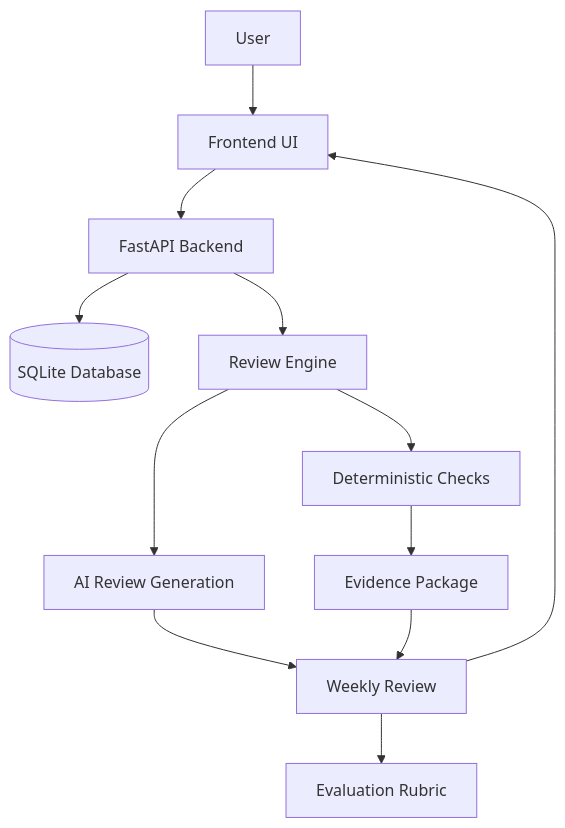
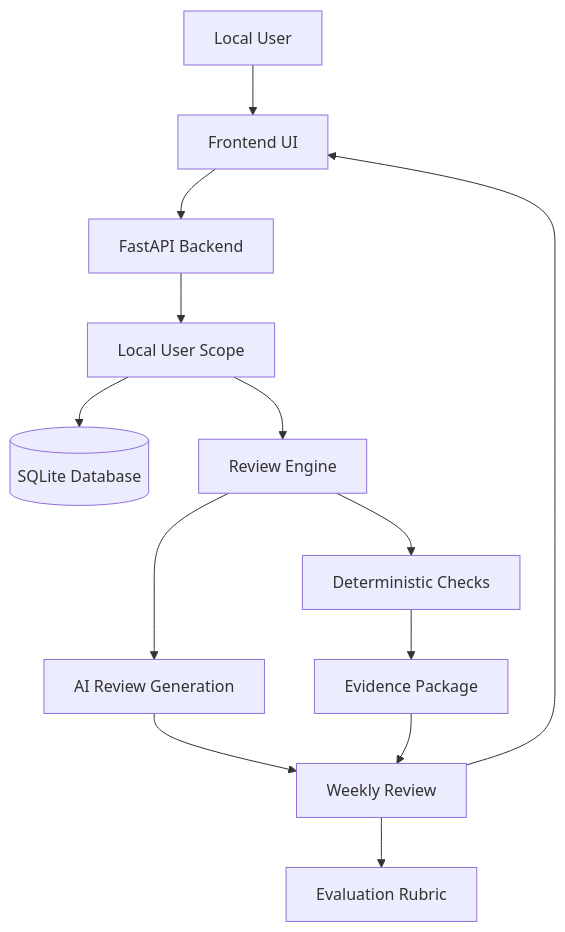
The first of 3 diagrams in docs/project_map.md (dongzhang2077/theseus-weekly-review), drawn with Mermaid before and after one commit. The commit also changed other lines of this file and 100 other files, not shown here.

First line of the commit message:
feat: deliver local-user persistence and evidence-first demo loop (#64)

````diff
--- a/docs/project_map.md
+++ b/docs/project_map.md
@@ -22,14 +22,15 @@
 ```mermaid
 flowchart TB
-    User[User] --> UI[Frontend UI]
+    User[Local User] --> UI[Frontend UI]
     UI --> API[FastAPI Backend]
-    API --> DB[(SQLite Database)]
-    API --> Engine[Review Engine]
+    API --> Scope[Local User Scope]
+    Scope --> DB[(SQLite Database)]
+    Scope --> Engine[Review Engine]
     Engine --> Rules[Deterministic Checks]
     Engine --> AI[AI Review Generation]
     Rules --> Evidence[Evidence Package]
     AI --> Review[Weekly Review]
     Evidence --> Review
     Review --> UI
     Review --> Eval[Evaluation Rubric]
 ```
````
